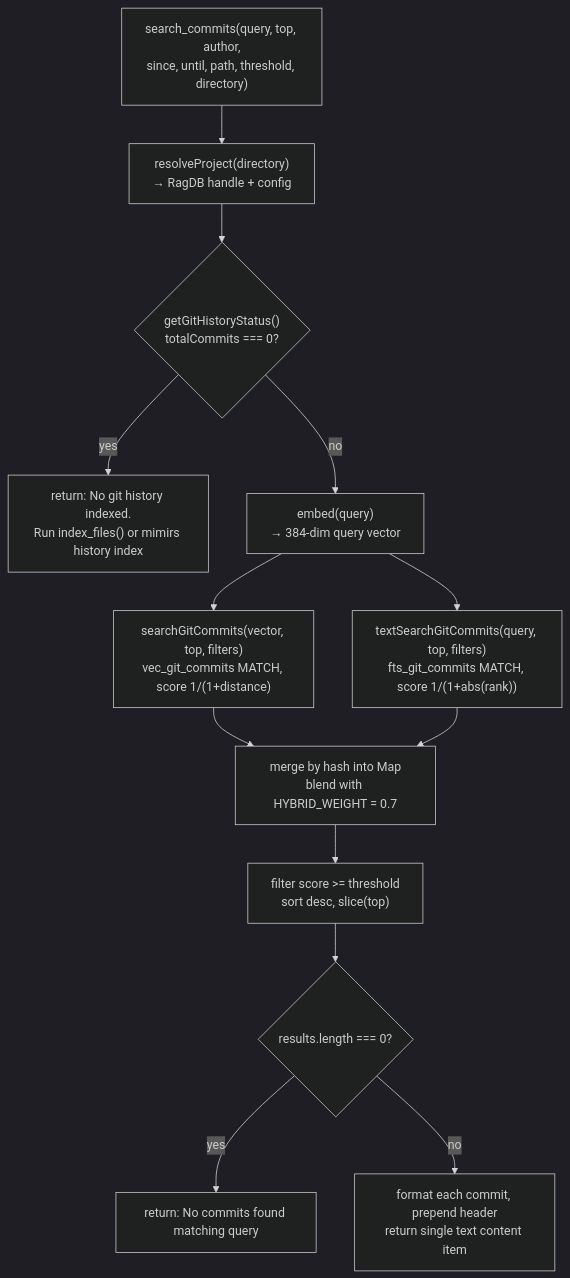
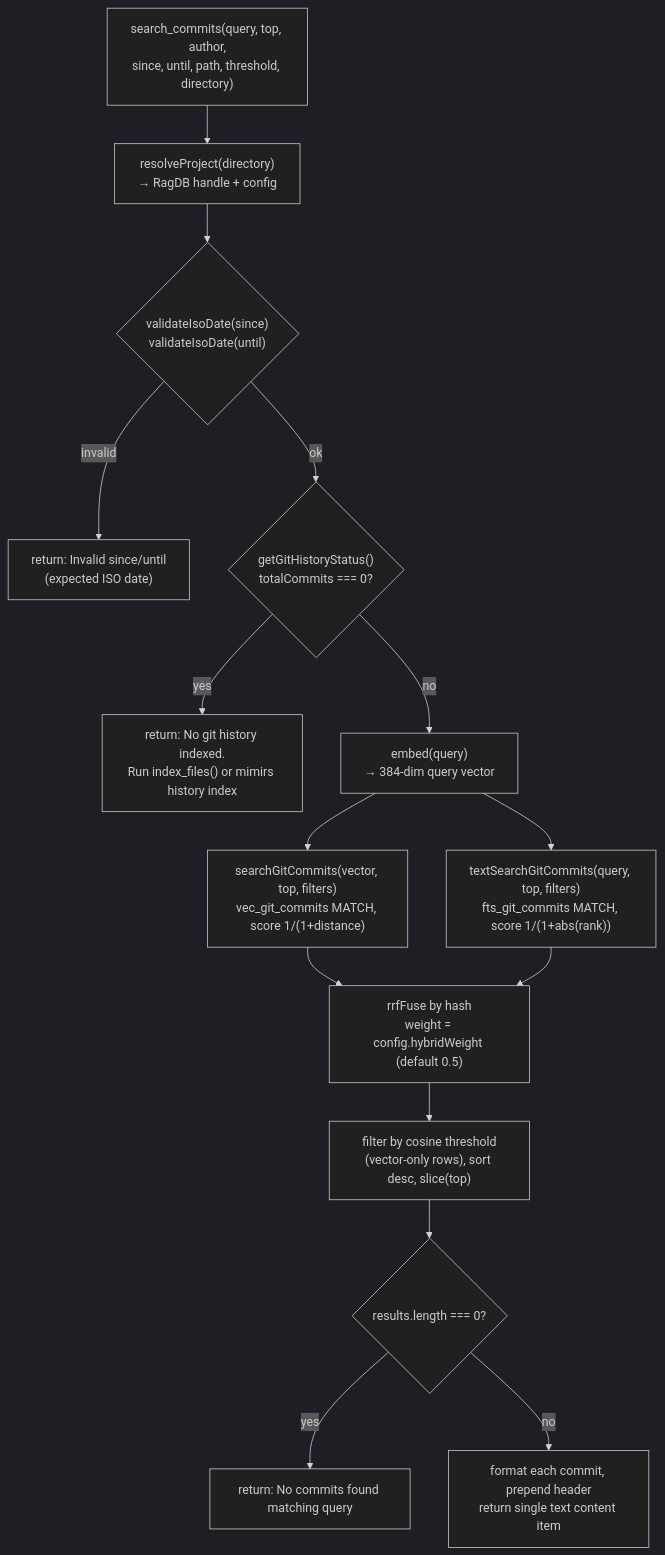
Before and after one commit to TheWinci/mimirs: the diagram in wiki/tools/search-commits.md, drawn with Mermaid (dark theme). The commit also changed other lines of this file and 58 other files, not shown here.

````diff
--- a/wiki/tools/search-commits.md
+++ b/wiki/tools/search-commits.md
@@ -33,26 +33,30 @@
 ```mermaid
 flowchart TD
     callTool["search_commits(query, top, author,<br>since, until, path, threshold, directory)"]
     resolve["resolveProject(directory)<br>→ RagDB handle + config"]
+    dateCheck{"validateIsoDate(since)<br>validateIsoDate(until)"}
+    dateErr["return: Invalid since/until<br>(expected ISO date)"]
     statusCheck{"getGitHistoryStatus()<br>totalCommits === 0?"}
     emptyMsg["return: No git history indexed.<br>Run index_files() or mimirs history index"]
     embedQ["embed(query)<br>→ 384-dim query vector"]
     vec["searchGitCommits(vector, top, filters)<br>vec_git_commits MATCH, score 1/(1+distance)"]
     fts["textSearchGitCommits(query, top, filters)<br>fts_git_commits MATCH, score 1/(1+abs(rank))"]
-    merge["merge by hash into Map<br>blend with HYBRID_WEIGHT = 0.7"]
-    cut["filter score >= threshold<br>sort desc, slice(top)"]
+    fuse["rrfFuse by hash<br>weight = config.hybridWeight (default 0.5)"]
+    cut["filter by cosine threshold<br>(vector-only rows), sort desc, slice(top)"]
     emptyResults{"results.length === 0?"}
     noMatch["return: No commits found matching query"]
     format["format each commit, prepend header<br>return single text content item"]
 
-    callTool --> resolve --> statusCheck
+    callTool --> resolve --> dateCheck
+    dateCheck -->|invalid| dateErr
+    dateCheck -->|ok| statusCheck
     statusCheck -->|yes| emptyMsg
     statusCheck -->|no| embedQ
     embedQ --> vec
     embedQ --> fts
-    vec --> merge
-    fts --> merge
-    merge --> cut --> emptyResults
+    vec --> fuse
+    fts --> fuse
+    fuse --> cut --> emptyResults
     emptyResults -->|yes| noMatch
     emptyResults -->|no| format
 ```
````
